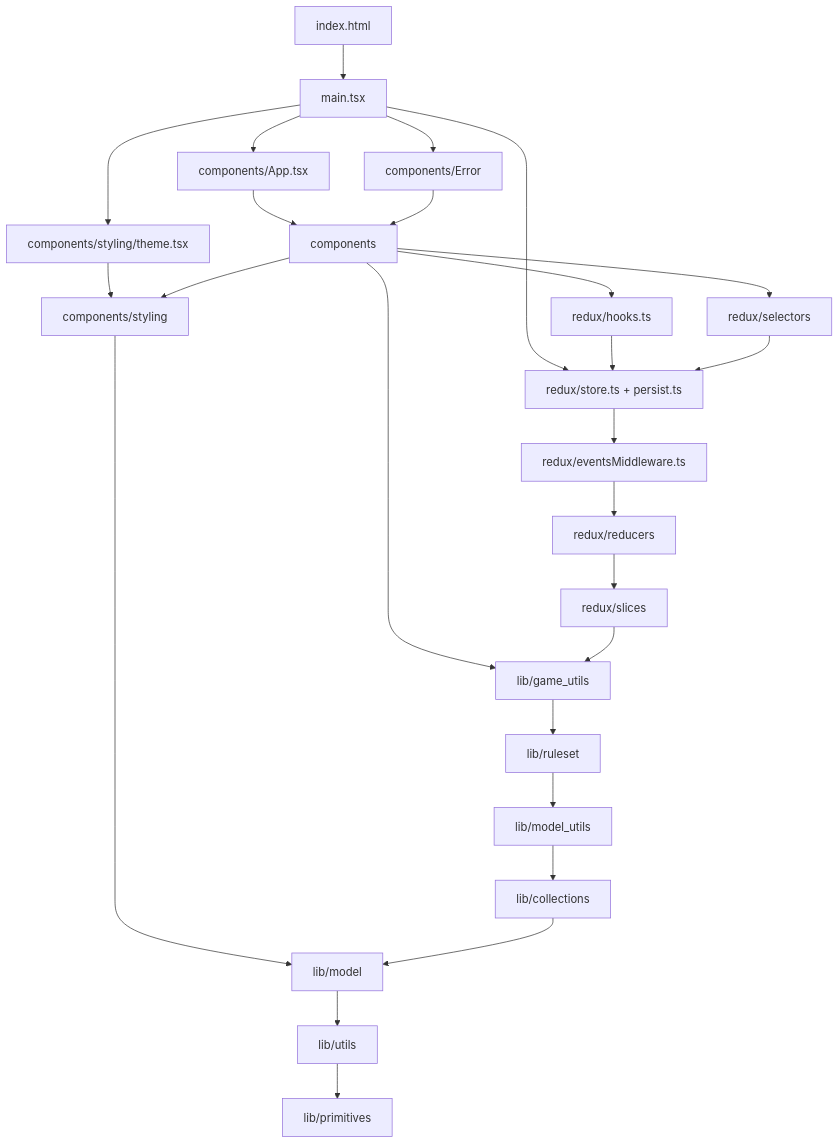
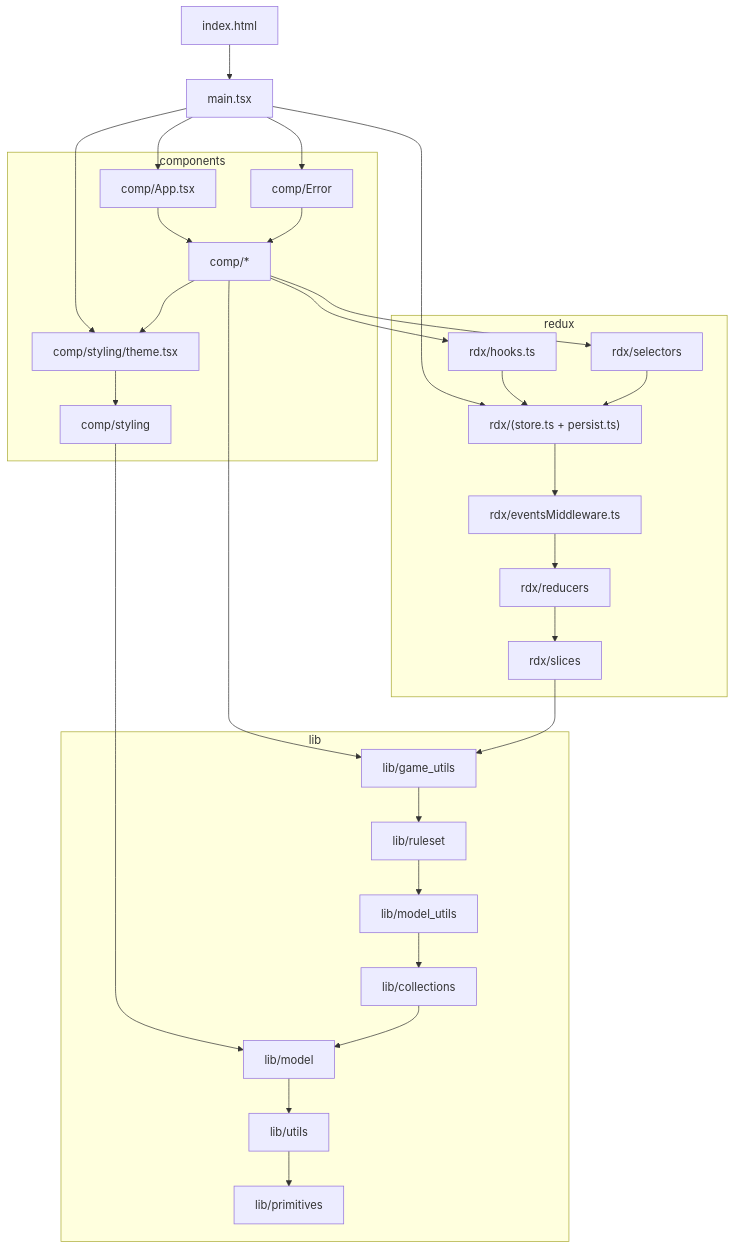
The diagram in docs/design/about_code_dependencies.md (konrad-jamrozik/game-ts), drawn with Mermaid before and after one commit.

````diff
--- a/docs/design/about_code_dependencies.md
+++ b/docs/design/about_code_dependencies.md
@@ -43,28 +43,56 @@
 ```mermaid
 graph TD
     IndexH[index.html] --> MainTs[main.tsx]
-    MainTs --> CompApp[components/App.tsx]
-    MainTs --> RdxStr[redux/store.ts]
-    MainTs --> CompTheme[components/styling/theme.tsx]
+
+    subgraph components
+        CompApp[comp/App.tsx]
+        CompTheme[comp/styling/theme.tsx]
+        CompErr[comp/Error]
+        Comp__[comp/*]
+        CompSt[comp/styling]
+    end
+
+    subgraph redux
+        RdxStr["rdx/(store.ts + persist.ts)"]
+        RdxEvt[rdx/eventsMiddleware.ts]
+        RdxRed[rdx/reducers]
+        RdxSli[rdx/slices]
+        RdxHook[rdx/hooks.ts]
+        RdxSel[rdx/selectors]
+    end
+
+    subgraph lib
+        LibGam[lib/game_utils]
+        LibRul[lib/ruleset]
+        LibMUt[lib/model_utils]
+        LibCol[lib/collections]
+        LibMod[lib/model]
+        LibUti[lib/utils]
+        LibPri[lib/primitives]
+    end
+
+    MainTs --> CompApp
+    MainTs --> CompTheme
+    MainTs --> CompErr
+    MainTs --> RdxStr
     CompTheme --> CompSt
-    MainTs --> CompErr[components/Error]
-    CompApp --> Comp__[components]
-    RdxStr --> RdxEvt[redux/eventsMiddleware.ts]
-    RdxEvt --> RdxRed[redux/reducers]
+    CompApp --> Comp__
     CompErr --> Comp__
-    Comp__ --> RdxHook[redux/hooks.ts]
-    Comp__ --> RdxSel[redux/selectors]
-    Comp__ --> CompSt[components/styling]
-    Comp__ --> LibGam[lib/game_utils]
-    RdxHook --> RdxStr[redux/store.ts + persist.ts]
+    Comp__ --> RdxHook
+    Comp__ --> RdxSel
+    Comp__ --> CompTheme
+    Comp__ --> LibGam
+    CompSt --> LibMod
+    RdxStr --> RdxEvt
+    RdxEvt --> RdxRed
+    RdxRed --> RdxSli
+    RdxSli --> LibGam
+    RdxHook --> RdxStr
     RdxSel --> RdxStr
-    RdxRed --> RdxSli[redux/slices]
-    RdxSli --> LibGam
-    CompSt --> LibMod[lib/model]
-    LibGam --> LibRul[lib/ruleset]
-    LibRul --> LibMUt[lib/model_utils]
-    LibMUt --> LibCol[lib/collections]
-    LibCol --> LibMod[lib/model]
-    LibMod --> LibUti[lib/utils]
-    LibUti --> LibPri[lib/primitives]
+    LibGam --> LibRul
+    LibRul --> LibMUt
+    LibMUt --> LibCol
+    LibCol --> LibMod
+    LibMod --> LibUti
+    LibUti --> LibPri
 ```
````
